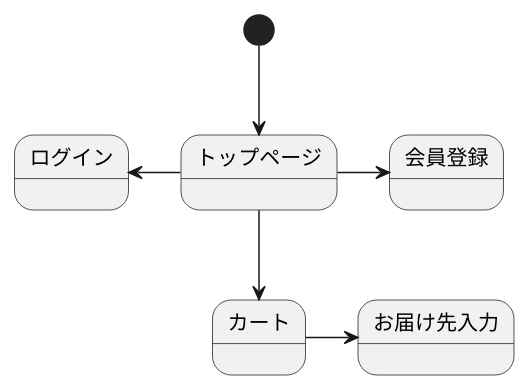
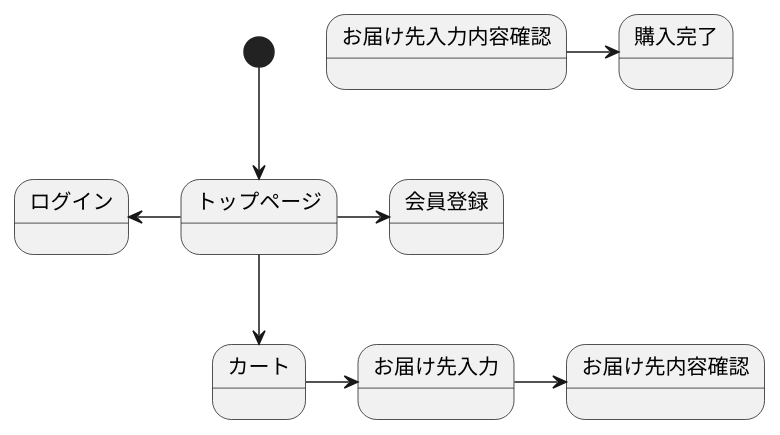
Before and after one commit to Aso2001388/2021sys-design: the diagram in stm01.md, drawn with PlantUML.

````diff
--- a/stm01.md
+++ b/stm01.md
@@ -1,10 +1,12 @@
 ```uml
 @startuml
 [*]-->トップページ
 トップページ->会員登録
 トップページ-left->ログイン
 トップページ-->カート
 カート->お届け先入力
+お届け先入力->お届け先内容確認
+お届け先入力内容確認->購入完了
 
 @enduml
 ```
````
